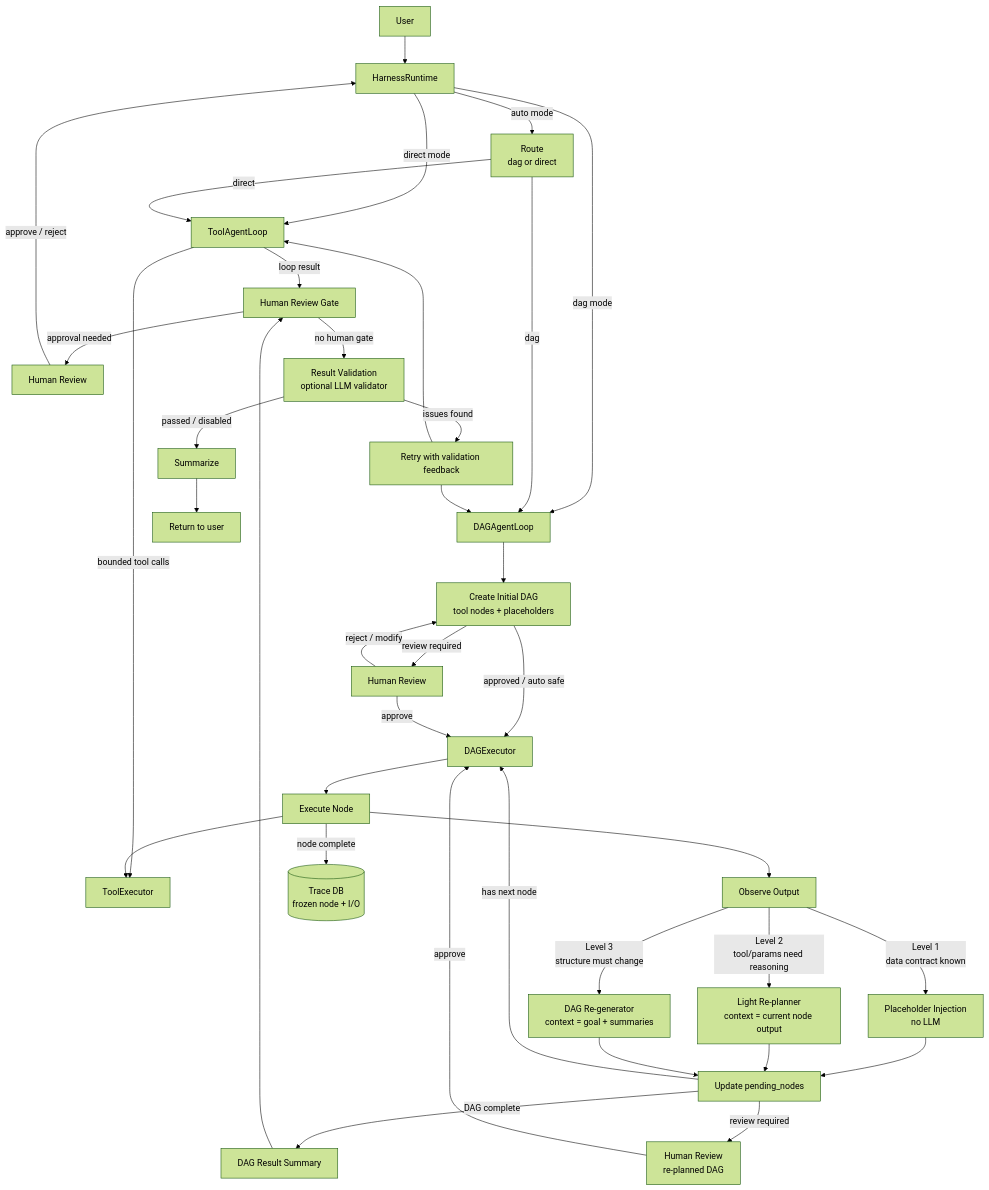
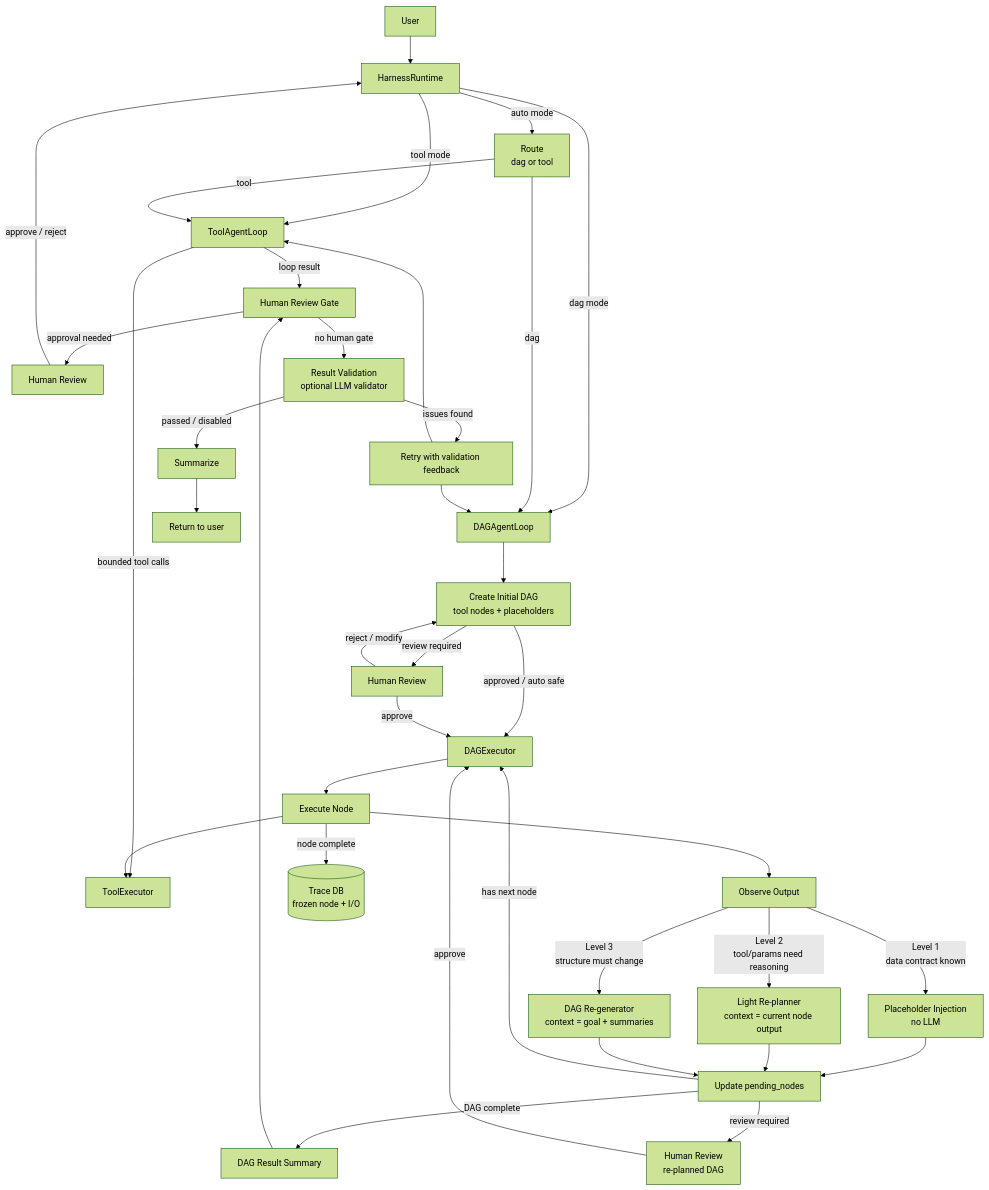
The diagram in README.md (RobotSe7en/dagent), drawn with Mermaid (forest theme) before and after one commit. The commit also changed other lines of this file and 10 other files, not shown here.

Commit message:
Rename direct runtime mode to tool

````diff
--- a/README.md
+++ b/README.md
@@ -52,49 +52,49 @@
 ```mermaid
 flowchart TD
   U["User"] --> R["HarnessRuntime"]
-  R -->|"auto mode"| ROUTE["Route\ndag or direct"]
-  R -->|"direct mode"| TA["ToolAgentLoop"]
+  R -->|"auto mode"| ROUTE["Route\ndag or tool"]
+  R -->|"tool mode"| TA["ToolAgentLoop"]
   R -->|"dag mode"| DA["DAGAgentLoop"]
 
-  ROUTE -->|"direct"| TA
+  ROUTE -->|"tool"| TA
   ROUTE -->|"dag"| DA
 
   TA -->|"bounded tool calls"| T["ToolExecutor"]
   TA -->|"loop result"| G["Human Review Gate"]
 
   DA --> D["Create Initial DAG\ntool nodes + placeholders"]
 
   D -->|"review required"| UI["Human Review"]
   D -->|"approved / auto safe"| E["DAGExecutor"]
   UI -->|"approve"| E
   UI -->|"reject / modify"| D
 
   E --> N["Execute Node"]
   N --> T
   N --> OBS["Observe Output"]
   N -->|"node complete"| TR[("Trace DB\nfrozen node + I/O")]
 
   OBS -->|"Level 1\ndata contract known"| INJ["Placeholder Injection\nno LLM"]
   OBS -->|"Level 2\ntool/params need reasoning"| RP["Light Re-planner\ncontext = current node output"]
   OBS -->|"Level 3\nstructure must change"| RG["DAG Re-generator\ncontext = goal + summaries"]
 
   INJ --> NXT["Update pending_nodes"]
   RP --> NXT
   RG --> NXT
 
   NXT -->|"has next node"| E
   NXT -->|"review required"| UI2["Human Review\nre-planned DAG"]
   UI2 -->|"approve"| E
 
   NXT -->|"DAG complete"| DR["DAG Result Summary"]
   DR --> G
 
   G -->|"approval needed"| UI3["Human Review"]
   UI3 -->|"approve / reject"| R
   G -->|"no human gate"| V["Result Validation\noptional LLM validator"]
   V -->|"issues found"| RTRY["Retry with validation feedback"]
   RTRY --> TA
   RTRY --> DA
   V -->|"passed / disabled"| S["Summarize"]
   S --> O["Return to user"]
 ```
````
